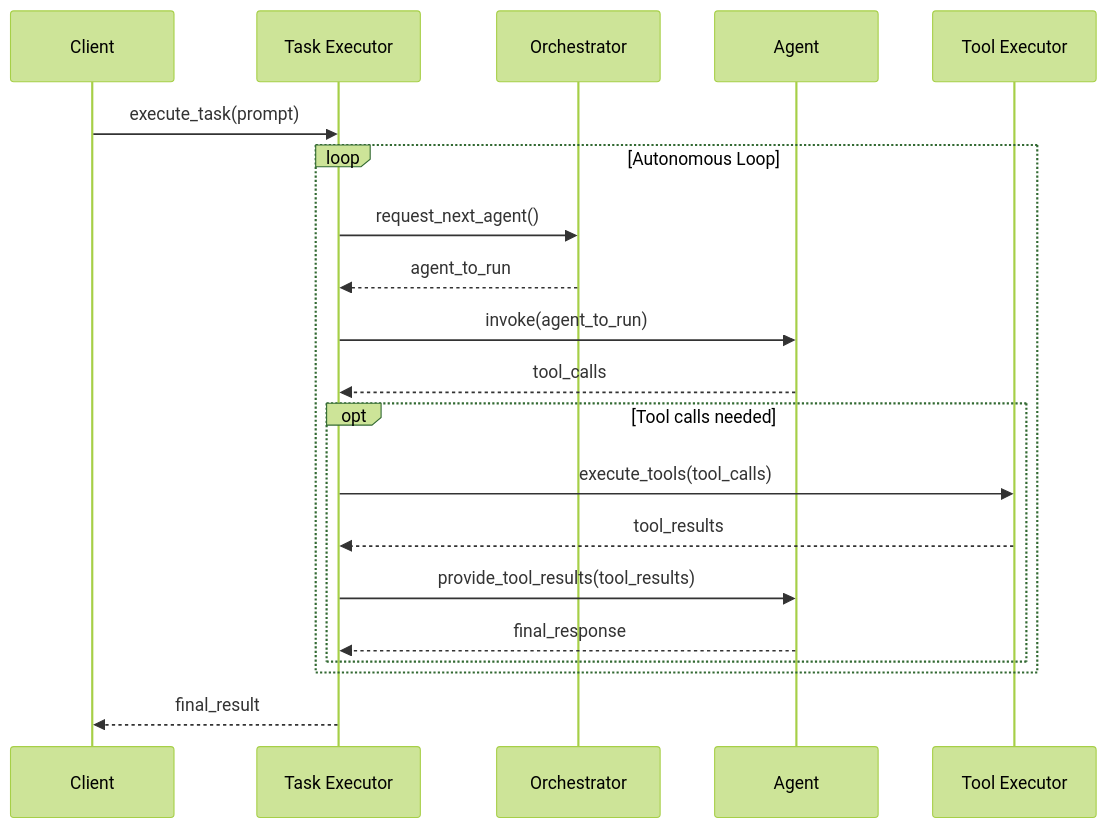
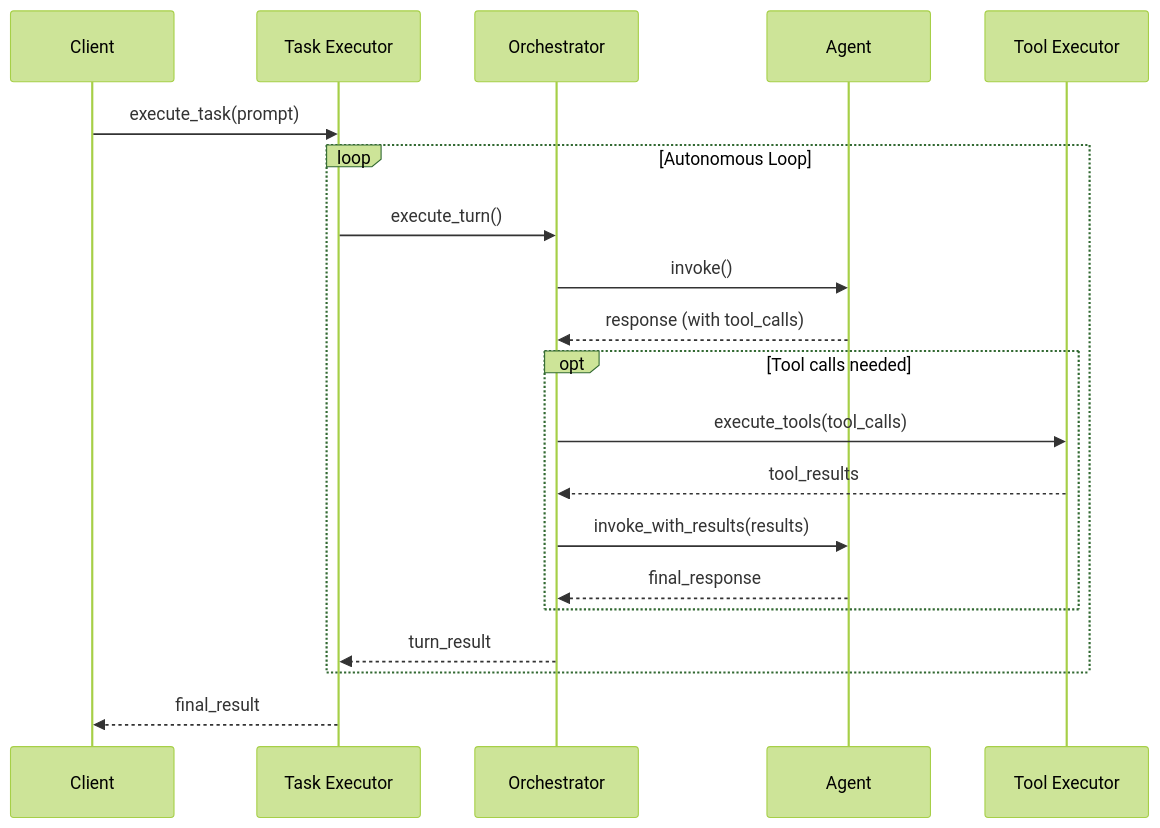
One commit to dustland/roboco changed the second of 4 diagrams in docs/01-architecture.md. Above: the diagram before and after it, drawn with Mermaid (forest theme). The commit also changed other lines of this file, not shown here.

Commit message:
refactor: enhance AgentX architecture documentation by clarifying the roles of Task Executor and Orchestrator, updating execution flow diagrams, and improving the overall structure for better understanding of agent collaboration and tool execution processes

````diff
--- a/docs/01-architecture.md
+++ b/docs/01-architecture.md
@@ -102,23 +101,23 @@
 ```mermaid
 sequenceDiagram
     participant C as Client
     participant TX as Task Executor
     participant OR as Orchestrator
     participant AG as Agent
     participant TE as Tool Executor
 
     C->>TX: execute_task(prompt)
     loop Autonomous Loop
-        TX->>OR: request_next_agent()
-        OR-->>TX: agent_to_run
-        TX->>AG: invoke(agent_to_run)
-        AG-->>TX: tool_calls
+        TX->>OR: execute_turn()
+        OR->>AG: invoke()
+        AG-->>OR: response (with tool_calls)
         opt Tool calls needed
-            TX->>TE: execute_tools(tool_calls)
-            TE-->>TX: tool_results
-            TX->>AG: provide_tool_results(tool_results)
-            AG-->>TX: final_response
+            OR->>TE: execute_tools(tool_calls)
+            TE-->>OR: tool_results
+            OR->>AG: invoke_with_results(results)
+            AG-->>OR: final_response
         end
+        OR-->>TX: turn_result
     end
     TX-->>C: final_result
 ```
````
